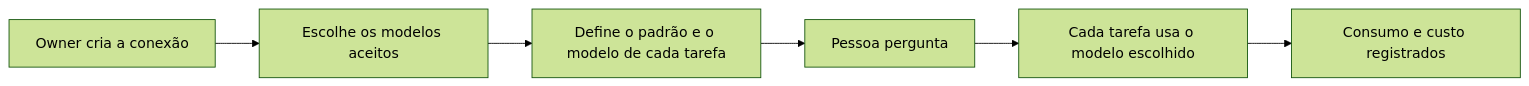
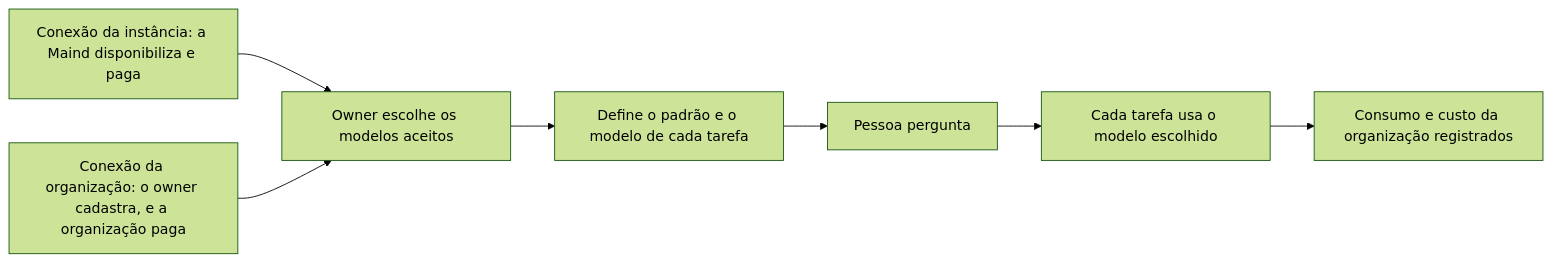
The diagram in docs/leitura/mfs/mf-105-ia-sob-controle-da-organizacao.md (fabioabr/horus-v2-docs), drawn with Mermaid (forest theme) before and after one commit. The commit also changed other lines of this file and 25 other files, not shown here.

````diff
--- a/docs/leitura/mfs/mf-105-ia-sob-controle-da-organizacao.md
+++ b/docs/leitura/mfs/mf-105-ia-sob-controle-da-organizacao.md
@@ -96,8 +130,9 @@
 ```mermaid
 flowchart LR
-  a[Owner cria a conexão] --> b[Escolhe os modelos aceitos]
-  b --> c[Define o padrão e o modelo de cada tarefa]
-  c --> d[Pessoa pergunta]
-  d --> e[Cada tarefa usa o modelo escolhido]
-  e --> f[Consumo e custo registrados]
+  a[Conexão da instância: a Maind disponibiliza e paga] --> c[Owner escolhe os modelos aceitos]
+  b[Conexão da organização: o owner cadastra, e a organização paga] --> c
+  c --> d[Define o padrão e o modelo de cada tarefa]
+  d --> e[Pessoa pergunta]
+  e --> f[Cada tarefa usa o modelo escolhido]
+  f --> g[Consumo e custo da organização registrados]
 ```
````
